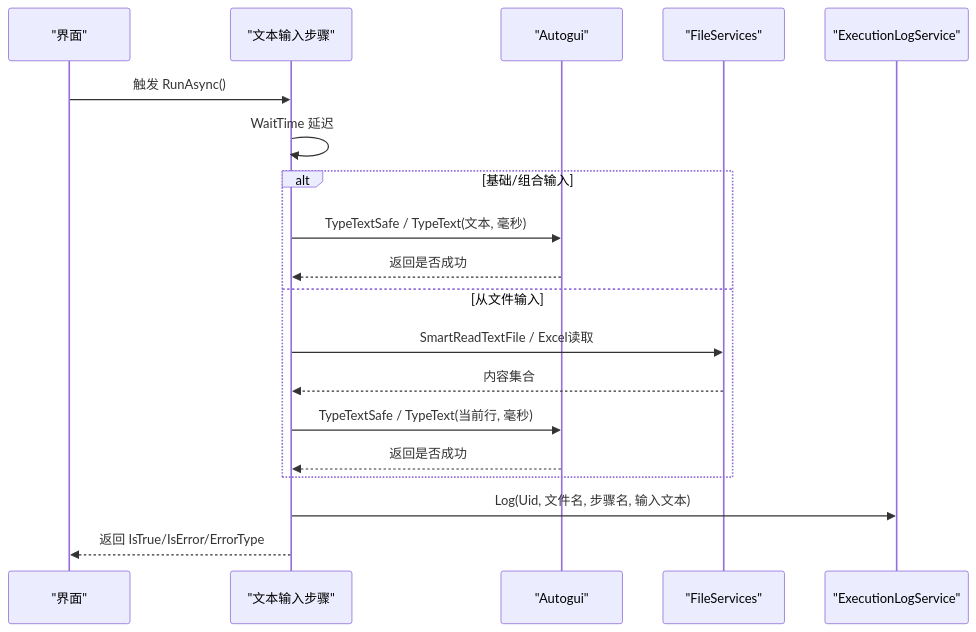
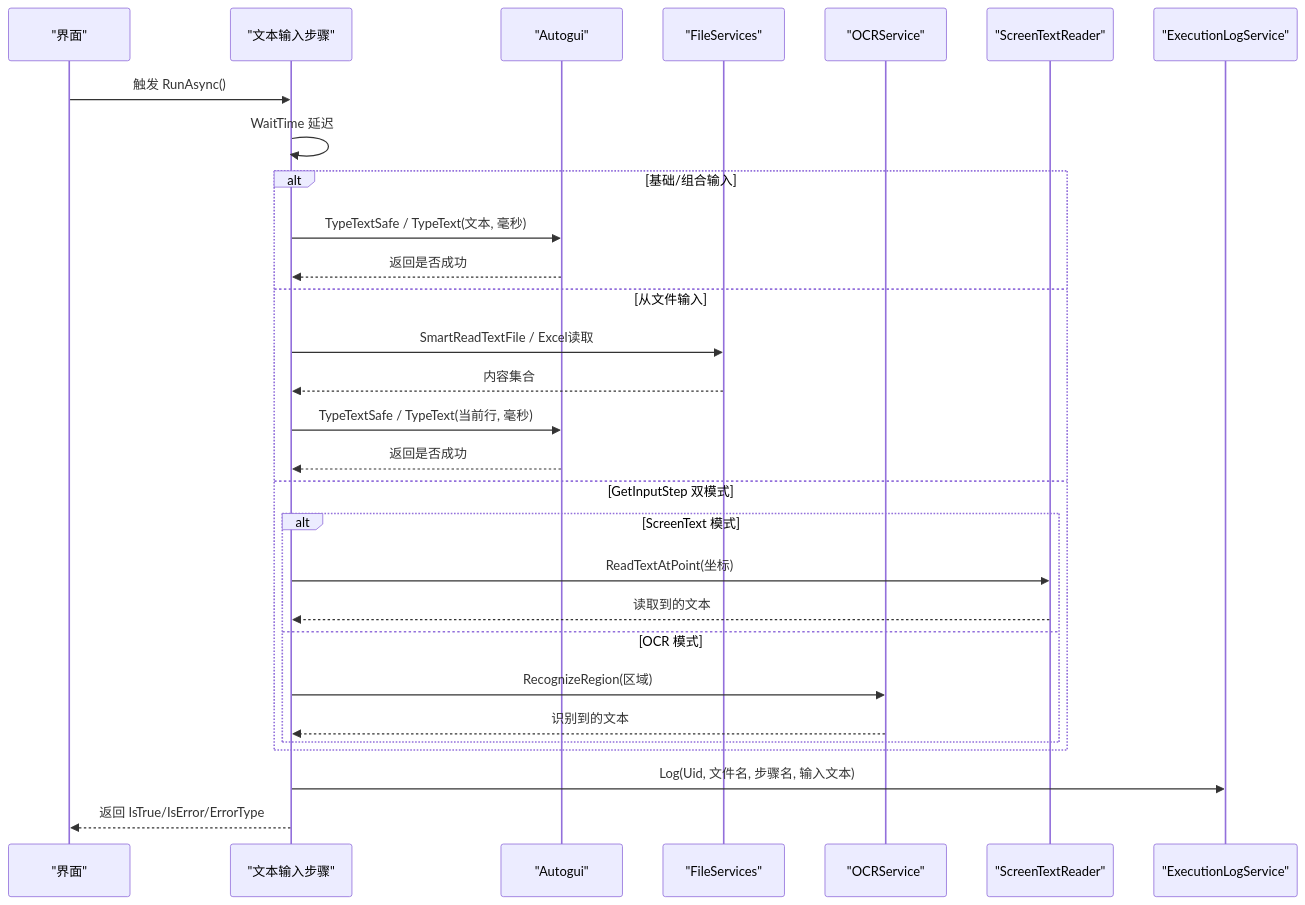
One commit to yooxii/ShaoLuAuto changed the second of 5 diagrams in .qoder/repowiki/zh/content/自动化步骤系统/文本输入步骤.md. Above: the diagram before and after it, drawn with Mermaid. The commit also changed other lines of this file and 9 other files, not shown here.

````diff
--- a/.qoder/repowiki/zh/content/自动化步骤系统/文本输入步骤.md
+++ b/.qoder/repowiki/zh/content/自动化步骤系统/文本输入步骤.md
@@ -102,21 +114,31 @@
 ```mermaid
 sequenceDiagram
 participant UI as "界面"
 participant Step as "文本输入步骤"
 participant AG as "Autogui"
 participant FS as "FileServices"
+participant OCR as "OCRService"
+participant STR as "ScreenTextReader"
 participant ELS as "ExecutionLogService"
 UI->>Step : 触发 RunAsync()
 Step->>Step : WaitTime 延迟
 alt 基础/组合输入
 Step->>AG : TypeTextSafe / TypeText(文本, 毫秒)
 AG-->>Step : 返回是否成功
 else 从文件输入
 Step->>FS : SmartReadTextFile / Excel读取
 FS-->>Step : 内容集合
 Step->>AG : TypeTextSafe / TypeText(当前行, 毫秒)
 AG-->>Step : 返回是否成功
+else GetInputStep 双模式
+alt ScreenText 模式
+Step->>STR : ReadTextAtPoint(坐标)
+STR-->>Step : 读取到的文本
+else OCR 模式
+Step->>OCR : RecognizeRegion(区域)
+OCR-->>Step : 识别到的文本
+end
 end
 Step->>ELS : Log(Uid, 文件名, 步骤名, 输入文本)
 Step-->>UI : 返回 IsTrue/IsError/ErrorType
 ```
````
